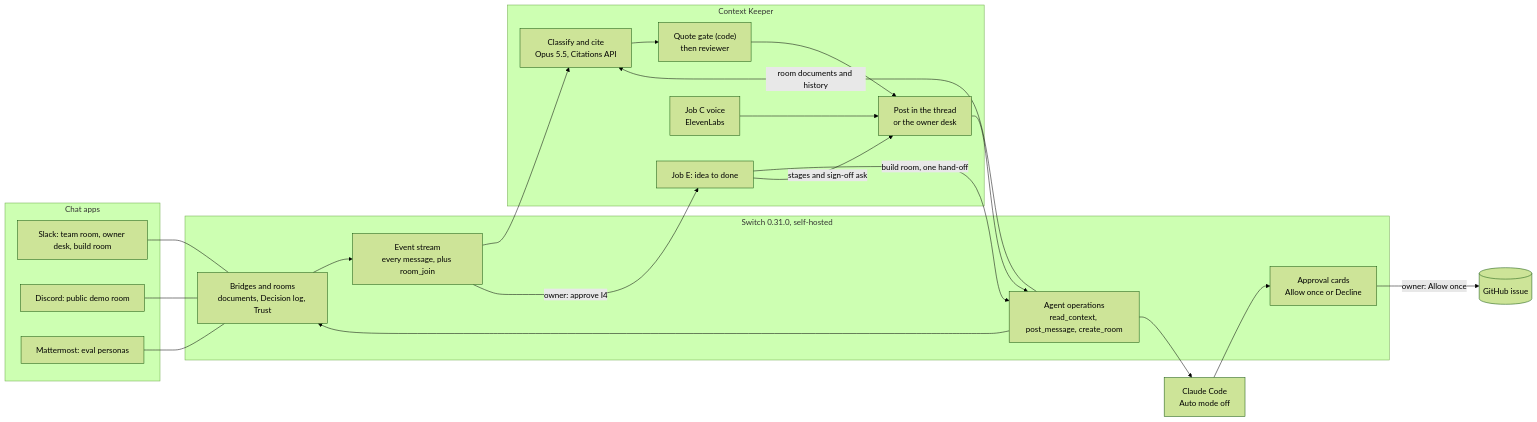
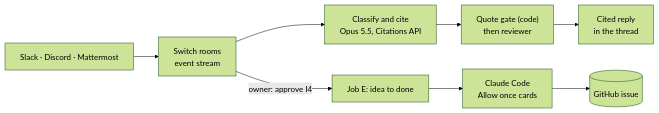
Before and after one commit to thekashifnazir/context-keeper: the diagram in README.md, drawn with Mermaid (forest theme). The commit also changed other lines of this file and 1 other file, not shown here.

Commit message:
README: streamline to 170 lines with a 2x2 screenshot grid, a simpler diagram and a tighter Switch table; full text moved to JUDGES.md

````diff
--- a/README.md
+++ b/README.md
@@ -81,32 +85,5 @@
 ```mermaid
 flowchart LR
-  subgraph Chat["Chat apps"]
-    SL["Slack: team room, owner desk, build room"]
-    DC["Discord: public demo room"]
-    MM["Mattermost: eval personas"]
-  end
-  subgraph SW["Switch 0.31.0, self-hosted"]
-    ROOM["Bridges and rooms<br/>documents, Decision log, Trust"]
-    STREAM["Event stream<br/>every message, plus room_join"]
-    OPS["Agent operations<br/>read_context, post_message, create_room"]
-    CARDS["Approval cards<br/>Allow once or Decline"]
-  end
-  subgraph CK["Context Keeper"]
-    CLS["Classify and cite<br/>Opus 5.5, Citations API"]
-    GATE["Quote gate (code)<br/>then reviewer"]
-    POST["Post in the thread<br/>or the owner desk"]
-    E["Job E: idea to done"]
-    VOICE["Job C voice<br/>ElevenLabs"]
-  end
-  CC["Claude Code<br/>Auto mode off"]
-  GH[("GitHub issue")]
-  SL --- ROOM
-  DC --- ROOM
-  MM --- ROOM
-  ROOM --> STREAM --> CLS --> GATE --> POST --> OPS --> ROOM
-  OPS -->|"room documents and history"| CLS
-  STREAM -->|"owner: approve I4"| E -->|"build room, one hand-off"| OPS
-  OPS --> CC --> CARDS -->|"owner: Allow once"| GH
-  E -->|"stages and sign-off ask"| POST
-  VOICE --> POST
+  CHAT["Slack · Discord · Mattermost"] --> SW["Switch rooms<br/>event stream"] --> CLS["Classify and cite<br/>Opus 5.5, Citations API"] --> GATE["Quote gate (code)<br/>then reviewer"] --> POST["Cited reply<br/>in the thread"]
+  SW -->|"owner: approve I4"| E["Job E: idea to done"] --> CC["Claude Code<br/>Allow once cards"] --> GH[("GitHub issue")]
 ```
````
